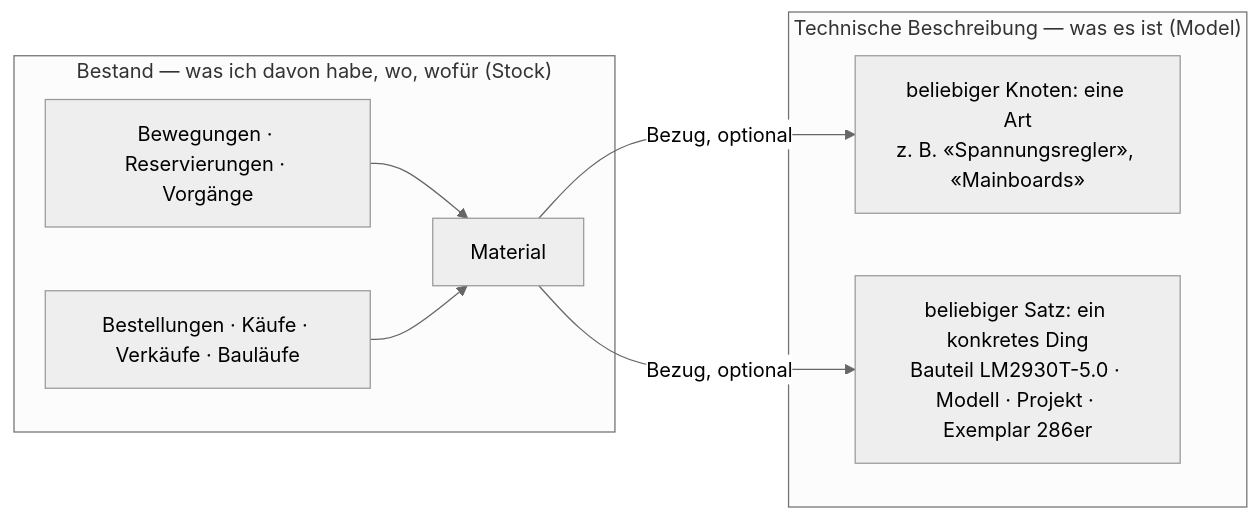
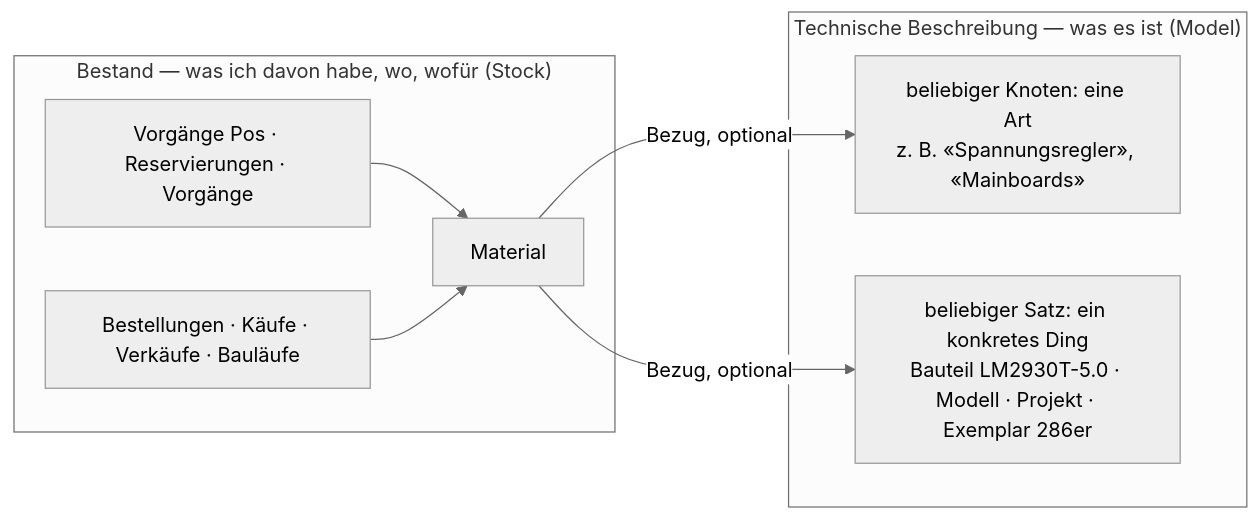
The second of 4 diagrams in docs/pakete/lager/konzept.md (sfambach/wp-taxonomy-modeler), drawn with Mermaid (neutral theme) before and after one commit. The commit also changed other lines of this file and 3 other files, not shown here.

````diff
--- a/docs/pakete/lager/konzept.md
+++ b/docs/pakete/lager/konzept.md
@@ -67,16 +67,16 @@
 ```mermaid
 flowchart LR
   subgraph TE["Technische Beschreibung — was es ist (Model)"]
     K["beliebiger Knoten: eine Art<br/>z. B. «Spannungsregler», «Mainboards»"]
     S["beliebiger Satz: ein konkretes Ding<br/>Bauteil LM2930T-5.0 · Modell · Projekt · Exemplar 286er"]
   end
   subgraph BS["Bestand — was ich davon habe, wo, wofür (Stock)"]
     MA["Material"]
-    BW["Bewegungen · Reservierungen · Vorgänge"]
+    BW["Vorgänge Pos · Reservierungen · Vorgänge"]
     BK["Bestellungen · Käufe · Verkäufe · Bauläufe"]
   end
   MA -->|Bezug, optional| K
   MA -->|Bezug, optional| S
   BW --> MA
   BK --> MA
 ```
````
